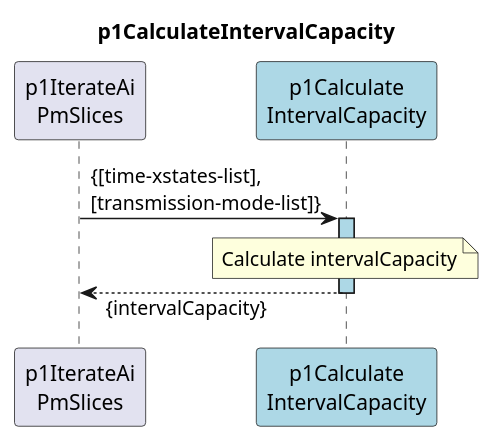
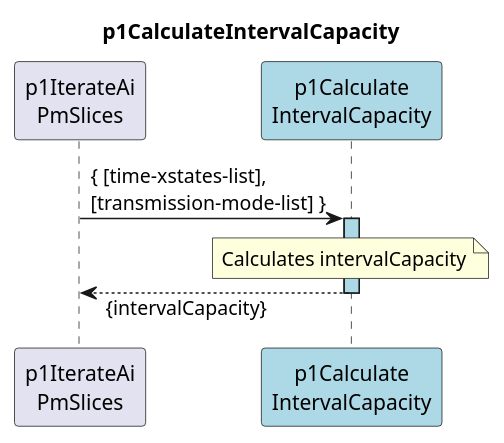
One commit to openBackhaul/DevicePerformanceManagementDataProcessor changed the diagram in spec/Functions/p1StreamPmData/p1ProcessDevice/p1CreateResultCc/p1IterateAiPmSlices/p1CalculateIntervalCapacity/1.0.0/p1CalculateIntervalCapacity.plantuml. Above: the diagram before and after it, drawn with PlantUML. The commit also changed 49 other files, not shown here.

Commit message:
Harmonize editorial of plantumls

```diff
--- a/spec/Functions/p1StreamPmData/p1ProcessDevice/p1CreateResultCc/p1IterateAiPmSlices/p1CalculateIntervalCapacity/1.0.0/p1CalculateIntervalCapacity.plantuml
+++ b/spec/Functions/p1StreamPmData/p1ProcessDevice/p1CreateResultCc/p1IterateAiPmSlices/p1CalculateIntervalCapacity/1.0.0/p1CalculateIntervalCapacity.plantuml
@@ -1,19 +1,19 @@
 @startuml p1CalculateIntervalCapacity
 skinparam responseMessageBelowArrow true
 
 title
   p1CalculateIntervalCapacity
 end title
 
 participant "p1IterateAi\nPmSlices" as requestor
 participant "p1Calculate\nIntervalCapacity" as intCC #LightBlue
 
-  requestor -> intCC : {[time-xstates-list],\n[transmission-mode-list]}
+  requestor -> intCC : { [time-xstates-list],\n[transmission-mode-list] }
   activate intCC #LightBlue
     note over intCC
-      Calculate intervalCapacity
+      Calculates intervalCapacity
     end note
   requestor <-- intCC: {intervalCapacity}
   deactivate intCC
 
 @enduml
```
